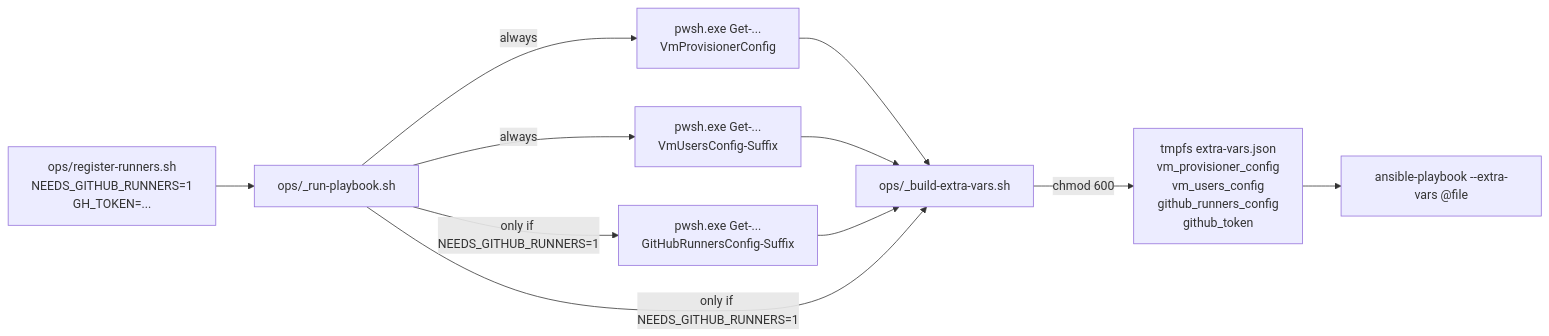
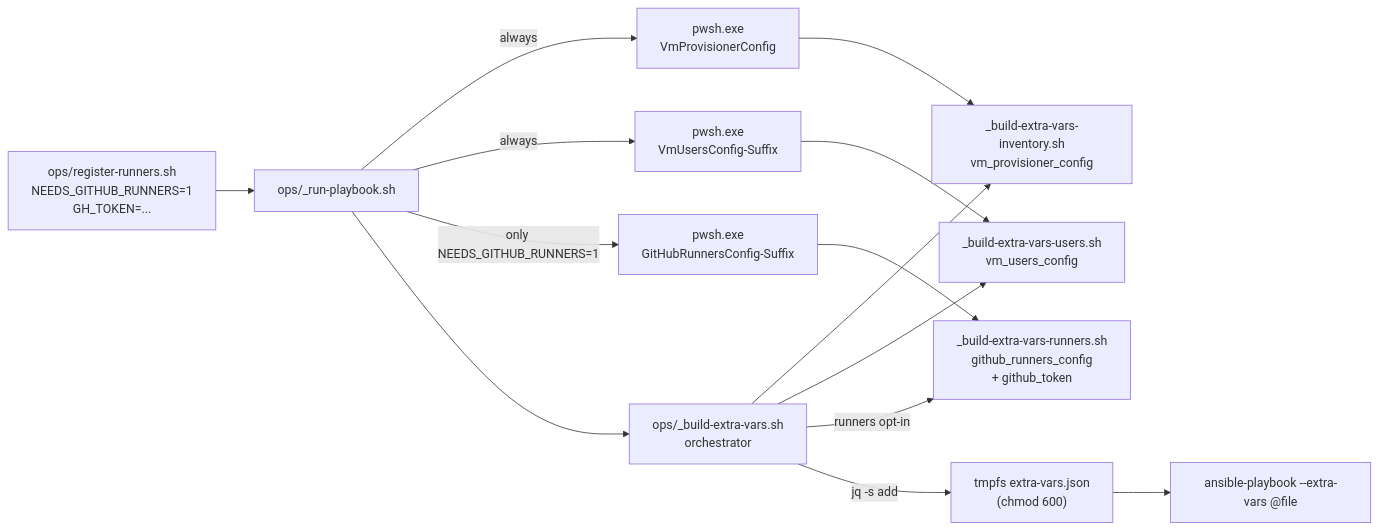
The first of 7 diagrams in docs/dev/implementation/08-github-runners-registration/plan.md (Klark-Morrigan/Infrastructure-Vm-Ansible), drawn with Mermaid before and after one commit. The commit also changed other lines of this file, not shown here.

````diff
--- a/docs/dev/implementation/08-github-runners-registration/plan.md
+++ b/docs/dev/implementation/08-github-runners-registration/plan.md
@@ -161,13 +230,16 @@
 ```mermaid
 flowchart LR
     Entry["ops/register-runners.sh<br/>NEEDS_GITHUB_RUNNERS=1<br/>GH_TOKEN=..."] --> Br[ops/_run-playbook.sh]
-    Br -->|always| RC1["pwsh.exe Get-...<br/>VmProvisionerConfig"]
-    Br -->|always| RC2["pwsh.exe Get-...<br/>VmUsersConfig-Suffix"]
-    Br -->|only if NEEDS_GITHUB_RUNNERS=1| RC3["pwsh.exe Get-...<br/>GitHubRunnersConfig-Suffix"]
-    RC1 --> XV[ops/_build-extra-vars.sh]
-    RC2 --> XV
-    RC3 --> XV
-    Br -->|only if NEEDS_GITHUB_RUNNERS=1| XV
-    XV -->|chmod 600| EV["tmpfs extra-vars.json<br/>vm_provisioner_config<br/>vm_users_config<br/>github_runners_config<br/>github_token"]
+    Br -->|always| RC1["pwsh.exe<br/>VmProvisionerConfig"]
+    Br -->|always| RC2["pwsh.exe<br/>VmUsersConfig-Suffix"]
+    Br -->|only NEEDS_GITHUB_RUNNERS=1| RC3["pwsh.exe<br/>GitHubRunnersConfig-Suffix"]
+    Br --> XV[ops/_build-extra-vars.sh<br/>orchestrator]
+    XV --> XVI[_build-extra-vars-inventory.sh<br/>vm_provisioner_config]
+    XV --> XVU[_build-extra-vars-users.sh<br/>vm_users_config]
+    XV -->|runners opt-in| XVR[_build-extra-vars-runners.sh<br/>github_runners_config<br/>+ github_token]
+    RC1 --> XVI
+    RC2 --> XVU
+    RC3 --> XVR
+    XV -->|jq -s add| EV["tmpfs extra-vars.json<br/>(chmod 600)"]
     EV --> AP[ansible-playbook --extra-vars @file]
 ```
````
